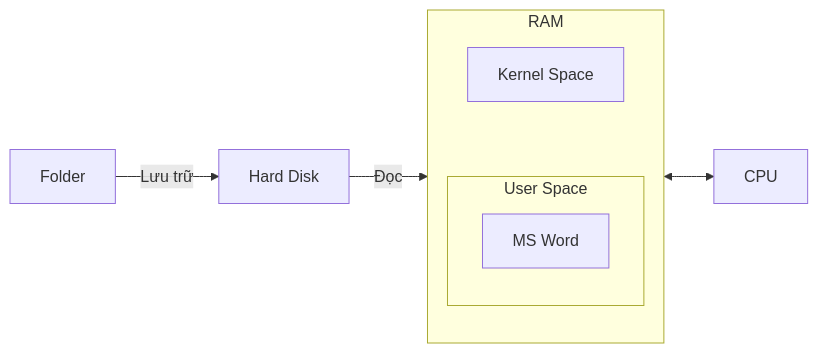
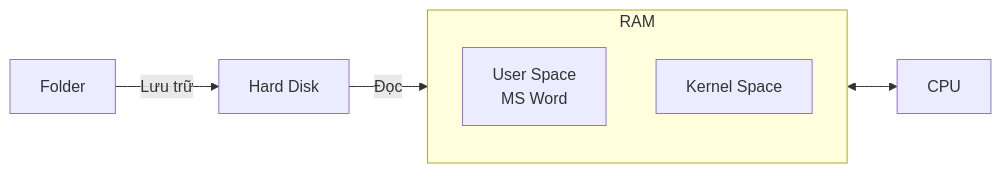
The eighth of 10 diagrams in OperatingSystem/OS_scratch/Concepts_OS/Intro_OS/Lession4.md (Duc-Lee/LLMserving_GPUoptimization), drawn with Mermaid before and after one commit. The commit also changed other lines of this file, not shown here.

````diff
--- a/OperatingSystem/OS_scratch/Concepts_OS/Intro_OS/Lession4.md
+++ b/OperatingSystem/OS_scratch/Concepts_OS/Intro_OS/Lession4.md
@@ -205,16 +175,13 @@
 ```mermaid
 flowchart LR
     FOLDER["Folder"] -->|"Lưu trữ"| DISK["Hard Disk"]
-    DISK -->|"Đọc"| WORD
+    DISK -->|"Đọc"| US
 
     subgraph RAM ["RAM"]
         direction TB
         KS["Kernel Space"]
-        subgraph US ["User Space"]
-            WORD["MS Word"]
-        end
-        KS ~~~ US
+        US["User Space<br/>MS Word"]
     end
 
     US <--> CPU["CPU"]
 ```
````
